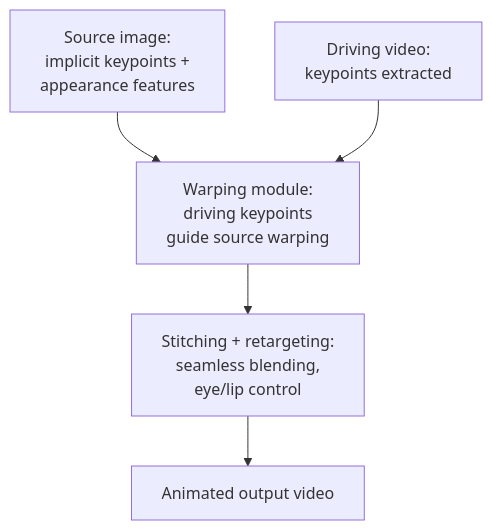
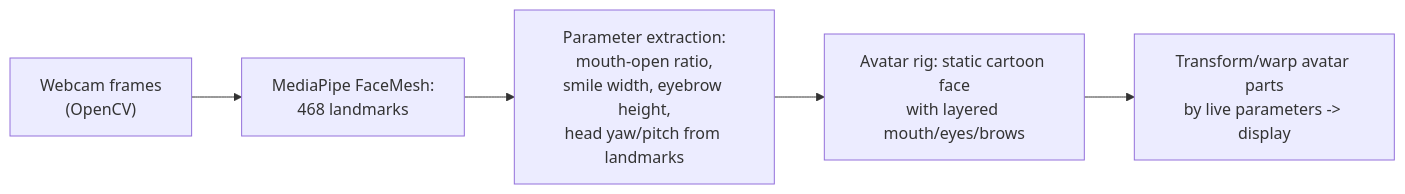
Before and after one commit to Anirudh-2810/Second-Brain: the diagram in wiki/modules/case-studies/cs-liveportrait.md, drawn with Mermaid. The commit also changed other lines of this file and 12 other files, not shown here.

````diff
--- a/wiki/modules/case-studies/cs-liveportrait.md
+++ b/wiki/modules/case-studies/cs-liveportrait.md
@@ -22,7 +45,7 @@
 ```mermaid
-flowchart TD
-    S["Source image:<br/>implicit keypoints +<br/>appearance features"] --> W["Warping module:<br/>driving keypoints<br/>guide source warping"]
-    D["Driving video:<br/>keypoints extracted"] --> W
-    W --> ST["Stitching + retargeting:<br/>seamless blending,<br/>eye/lip control"]
-    ST --> O["Animated output video"]
+flowchart LR
+    W["Webcam frames<br/>(OpenCV)"] --> LM["MediaPipe FaceMesh:<br/>468 landmarks"]
+    LM --> P["Parameter extraction:<br/>mouth-open ratio,<br/>smile width, eyebrow height,<br/>head yaw/pitch from landmarks"]
+    P --> A["Avatar rig: static cartoon face<br/>with layered mouth/eyes/brows"]
+    A --> T["Transform/warp avatar parts<br/>by live parameters -> display"]
 ```
````
